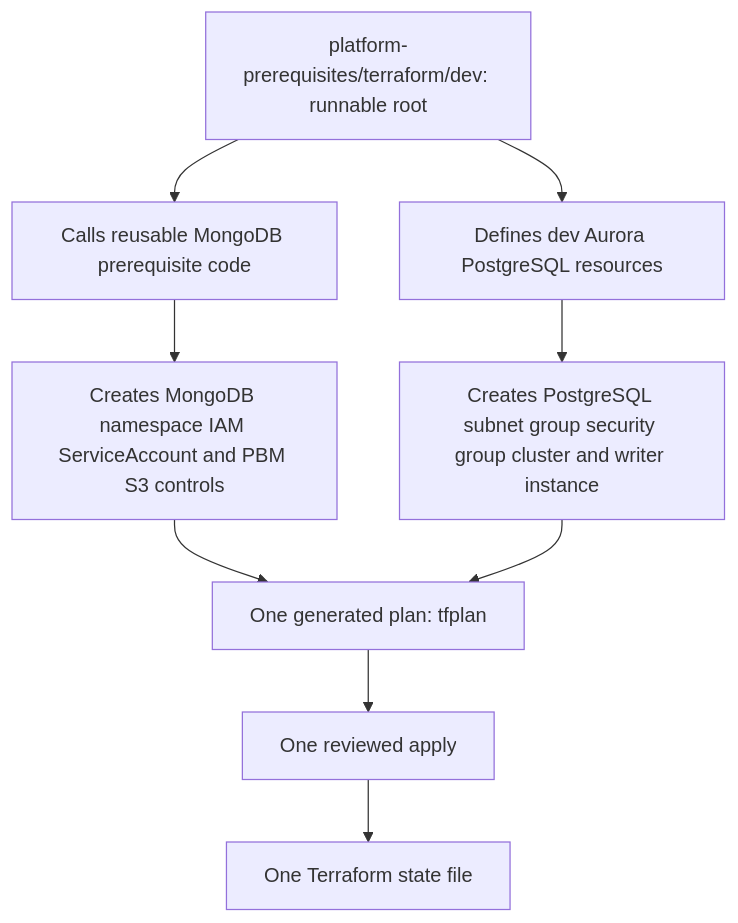
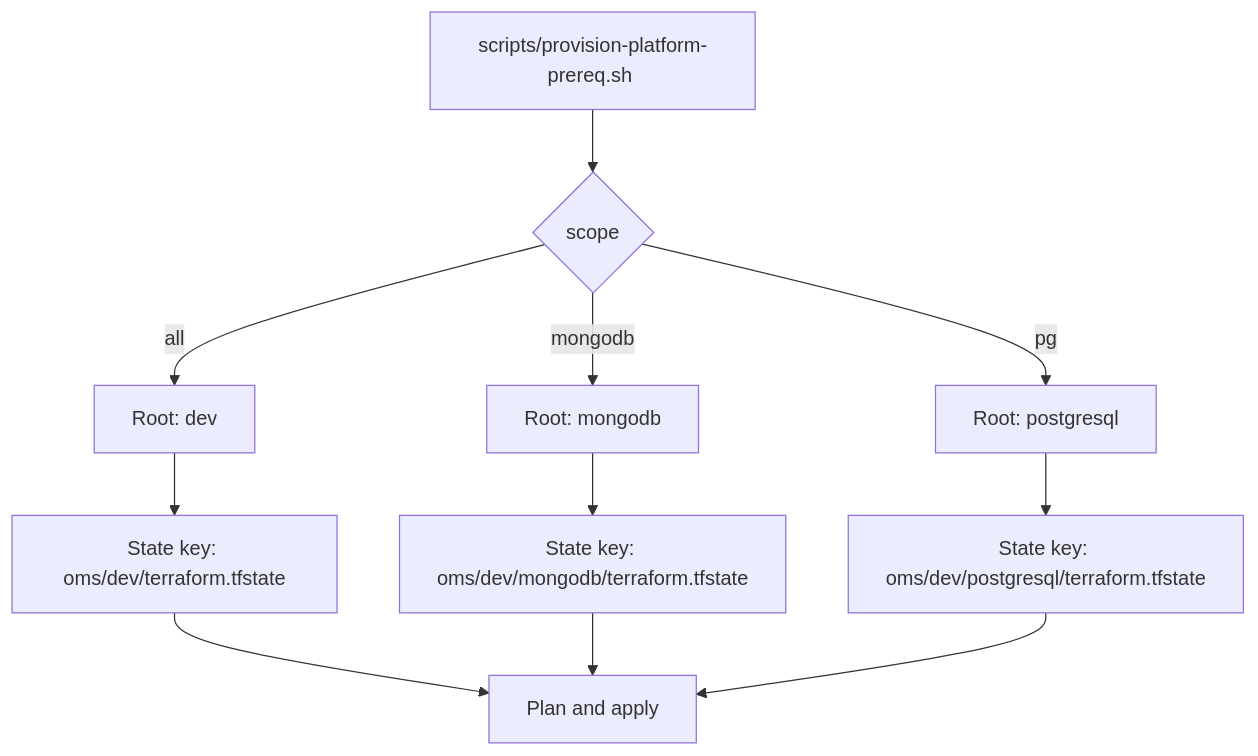
Before and after one commit to sml-global/mongodb: the third of 9 diagrams in platform-prerequisites/terraform/README.md, drawn with Mermaid. The commit also changed other lines of this file and 34 other files, not shown here.

Commit message:
feat: add scoped provisioning flows and docs cleanup

````diff
--- a/platform-prerequisites/terraform/README.md
+++ b/platform-prerequisites/terraform/README.md
@@ -658,11 +821,13 @@
 ```mermaid
 flowchart TD
-  A[platform-prerequisites/terraform/dev: runnable root] --> B[Calls reusable MongoDB prerequisite code]
-  A --> C[Defines dev Aurora PostgreSQL resources]
-  B --> D[Creates MongoDB namespace IAM ServiceAccount and PBM S3 controls]
-  C --> E[Creates PostgreSQL subnet group security group cluster and writer instance]
-  D --> F[One generated plan: tfplan]
-  E --> F
-  F --> G[One reviewed apply]
-  G --> H[One Terraform state file]
+  A[scripts/provision-platform-prereq.sh <scope>] --> B{scope}
+  B -->|all| C[Root: dev]
+  B -->|mongodb| D[Root: mongodb]
+  B -->|pg| E[Root: postgresql]
+  C --> F[State key: oms/dev/terraform.tfstate]
+  D --> G[State key: oms/dev/mongodb/terraform.tfstate]
+  E --> H[State key: oms/dev/postgresql/terraform.tfstate]
+  F --> I[Plan and apply]
+  G --> I
+  H --> I
 ```
````
